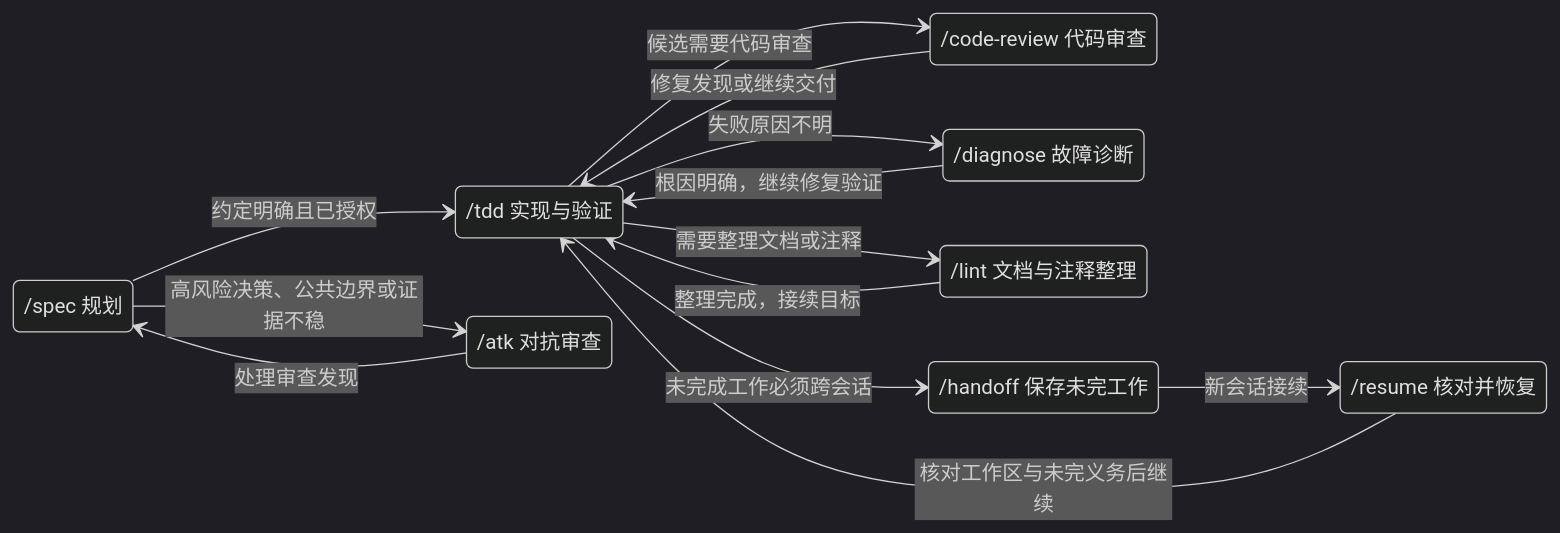
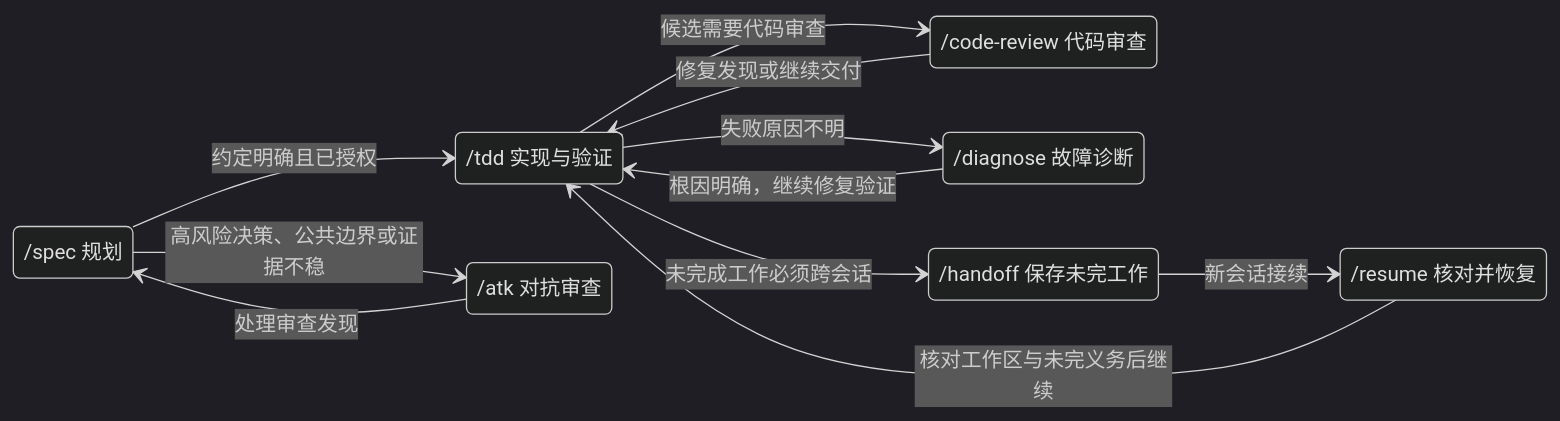
Before and after one commit to SilentUniverse/CosmosSkills: the second of 2 diagrams in README.md, drawn with Mermaid (dark theme).

Commit message:
docs(readme): drop unrouted lint state from the auxiliary skill diagram (#137)
- 状态图删除 /lint 状态声明与 TDD↔Lint 两条边：tdd 全链路没有技能级 /lint 路由，唯一关联是 tdd/COMPLETION-RECORD.md 加载 lint 的 code-comments 参考做注释门，不是技能切换
- 其余 7 个状态的每条边均已核对到代码内真实路由（spec/tdd/atk/code-review/diagnose/handoff/resume）
- /lint 手动入口保持不变：README「怎么用」表、skill 表、维护表三处

````diff
--- a/README.md
+++ b/README.md
@@ -156,25 +156,22 @@
 ```mermaid
 stateDiagram-v2
   direction LR
   state "/spec 规划" as Spec
   state "/tdd 实现与验证" as TDD
   state "/atk 对抗审查" as ATK
   state "/code-review 代码审查" as Review
   state "/diagnose 故障诊断" as Diagnose
-  state "/lint 文档与注释整理" as Lint
   state "/handoff 保存未完工作" as Handoff
   state "/resume 核对并恢复" as Resume
 
   Spec --> ATK: 高风险决策、公共边界或证据不稳
   ATK --> Spec: 处理审查发现
   Spec --> TDD: 约定明确且已授权
   TDD --> Review: 候选需要代码审查
   Review --> TDD: 修复发现或继续交付
   TDD --> Diagnose: 失败原因不明
   Diagnose --> TDD: 根因明确，继续修复验证
-  TDD --> Lint: 需要整理文档或注释
-  Lint --> TDD: 整理完成，接续目标
   TDD --> Handoff: 未完成工作必须跨会话
   Handoff --> Resume: 新会话接续
   Resume --> TDD: 核对工作区与未完义务后继续
 ```
````
